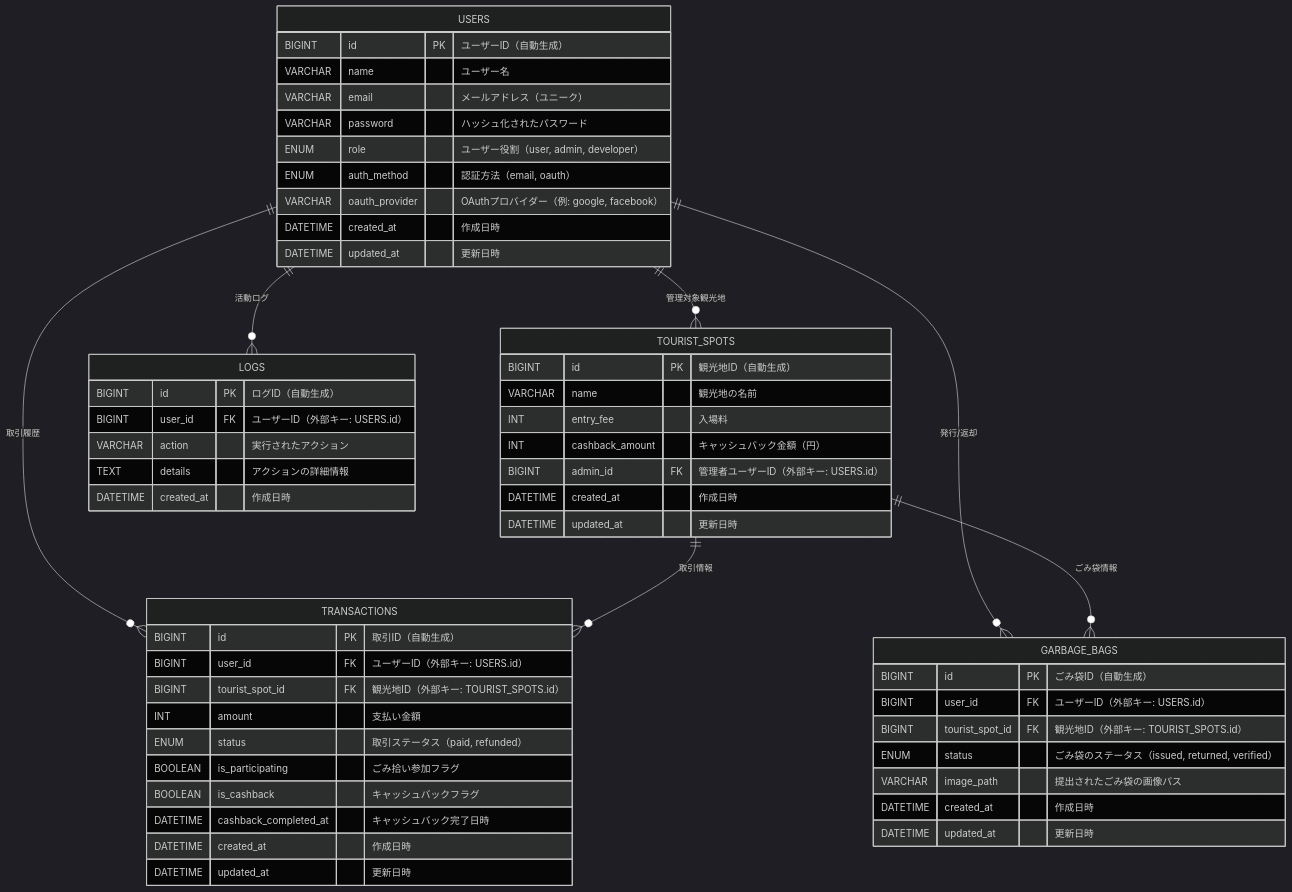
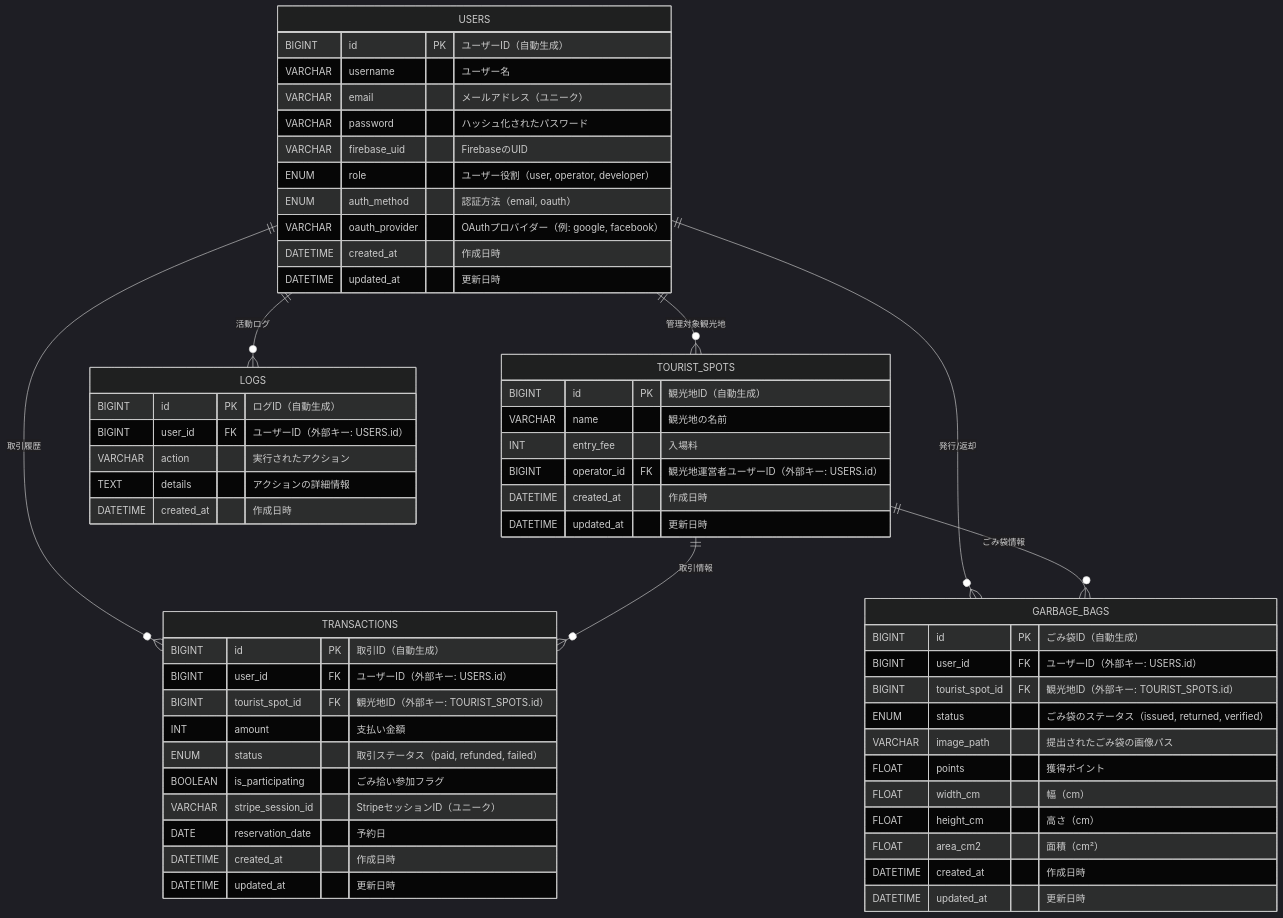
One commit to ms-engineer-bc24-10/Section_9_team_B changed the diagram in docs/ER_Diagram.md. Above: the diagram before and after it, drawn with Mermaid (dark theme).

Commit message:
fix: #27 ER図を、現在のDB状況を反映したものに修正

````diff
--- a/docs/ER_Diagram.md
+++ b/docs/ER_Diagram.md
@@ -3,59 +3,63 @@
 ```mermaid
 erDiagram
     USERS {
         BIGINT id PK "ユーザーID（自動生成）"
-        VARCHAR name "ユーザー名"
+        VARCHAR username "ユーザー名"
         VARCHAR email "メールアドレス（ユニーク）"
         VARCHAR password "ハッシュ化されたパスワード"
-        ENUM role "ユーザー役割（user, admin, developer）"
+        VARCHAR firebase_uid "FirebaseのUID"
+        ENUM role "ユーザー役割（user, operator, developer）"
         ENUM auth_method "認証方法（email, oauth）"
         VARCHAR oauth_provider "OAuthプロバイダー（例: google, facebook）"
         DATETIME created_at "作成日時"
         DATETIME updated_at "更新日時"
     }
     TOURIST_SPOTS {
         BIGINT id PK "観光地ID（自動生成）"
         VARCHAR name "観光地の名前"
         INT entry_fee "入場料"
-        INT cashback_amount "キャッシュバック金額（円）"
-        BIGINT admin_id FK "管理者ユーザーID（外部キー: USERS.id）"
+        BIGINT operator_id FK "観光地運営者ユーザーID（外部キー: USERS.id）"
         DATETIME created_at "作成日時"
         DATETIME updated_at "更新日時"
     }
     GARBAGE_BAGS {
         BIGINT id PK "ごみ袋ID（自動生成）"
         BIGINT user_id FK "ユーザーID（外部キー: USERS.id）"
         BIGINT tourist_spot_id FK "観光地ID（外部キー: TOURIST_SPOTS.id）"
         ENUM status "ごみ袋のステータス（issued, returned, verified）"
         VARCHAR image_path "提出されたごみ袋の画像パス"
+        FLOAT points "獲得ポイント"
+        FLOAT width_cm "幅（cm）"
+        FLOAT height_cm "高さ（cm）"
+        FLOAT area_cm2 "面積（cm²）"
         DATETIME created_at "作成日時"
         DATETIME updated_at "更新日時"
     }
     TRANSACTIONS {
         BIGINT id PK "取引ID（自動生成）"
         BIGINT user_id FK "ユーザーID（外部キー: USERS.id）"
         BIGINT tourist_spot_id FK "観光地ID（外部キー: TOURIST_SPOTS.id）"
         INT amount "支払い金額"
-        ENUM status "取引ステータス（paid, refunded）"
+        ENUM status "取引ステータス（paid, refunded, failed）"
         BOOLEAN is_participating "ごみ拾い参加フラグ"
-        BOOLEAN is_cashback "キャッシュバックフラグ"
-        DATETIME cashback_completed_at "キャッシュバック完了日時"
+        VARCHAR stripe_session_id "StripeセッションID（ユニーク）"
+        DATE reservation_date "予約日"
         DATETIME created_at "作成日時"
         DATETIME updated_at "更新日時"
     }
-%% TODO: LOGSのアクションについて話し合う必要あり？開発の進み具合によっては放置でも良いかも
     LOGS {
         BIGINT id PK "ログID（自動生成）"
         BIGINT user_id FK "ユーザーID（外部キー: USERS.id）"
         VARCHAR action "実行されたアクション"
         TEXT details "アクションの詳細情報"
         DATETIME created_at "作成日時"
     }
 
     USERS ||--o{ TRANSACTIONS : "取引履歴"
     USERS ||--o{ GARBAGE_BAGS : "発行/返却"
     USERS ||--o{ TOURIST_SPOTS : "管理対象観光地"
     TOURIST_SPOTS ||--o{ GARBAGE_BAGS : "ごみ袋情報"
     TOURIST_SPOTS ||--o{ TRANSACTIONS : "取引情報"
     USERS ||--o{ LOGS : "活動ログ"
+
 ```
````
